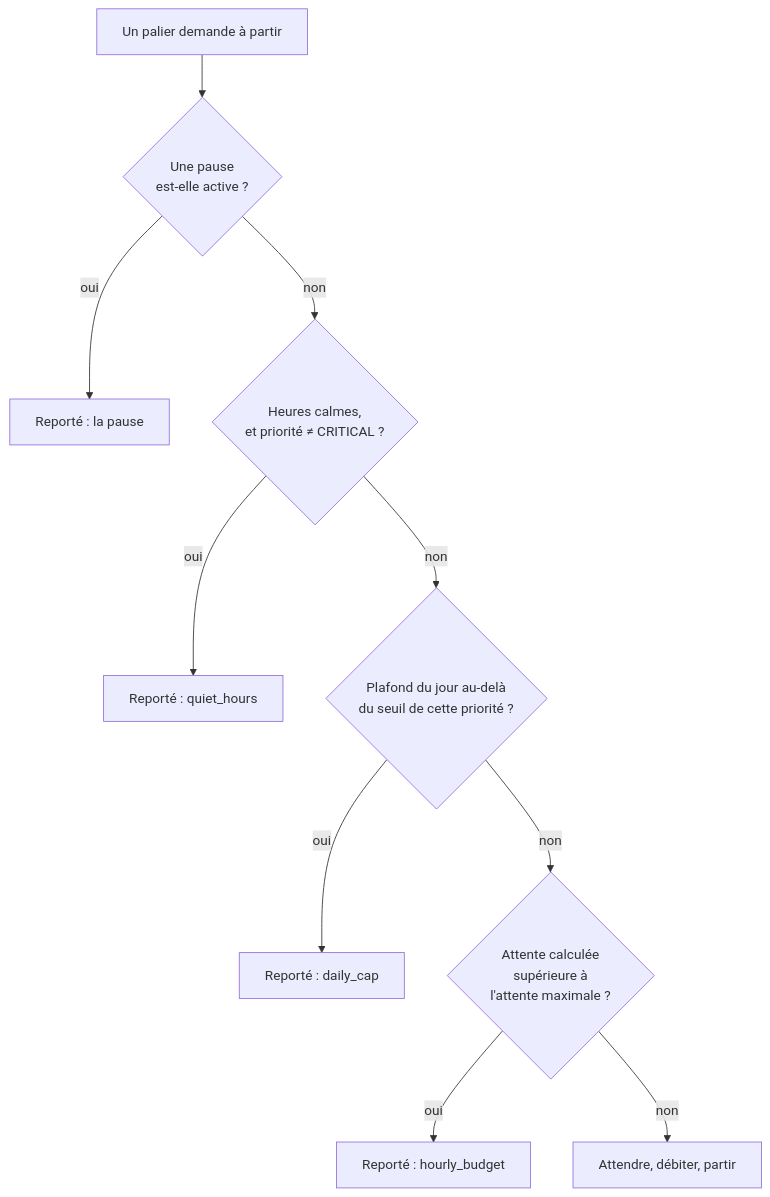
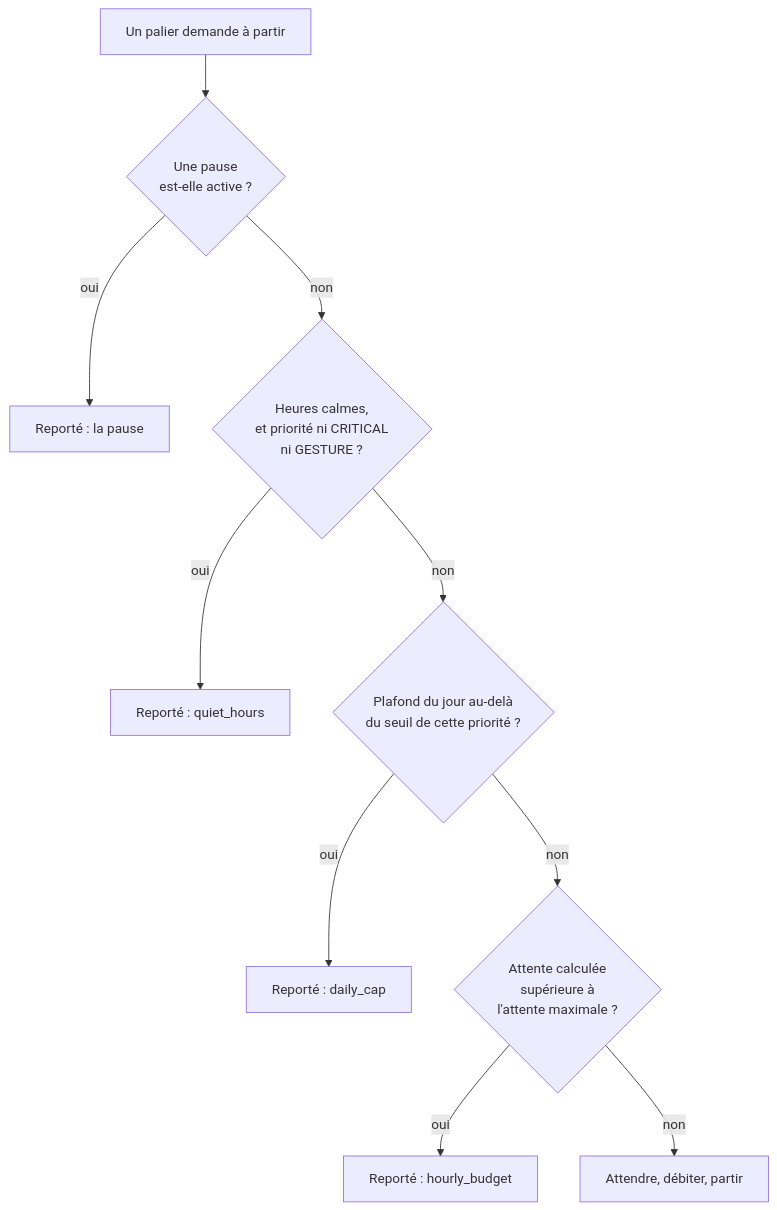
One commit to FiveElements/ha-pronote-ng changed the diagram in docs/LIMITEUR.md. Above: the diagram before and after it, drawn with Mermaid. The commit also changed other lines of this file and 15 other files, not shown here.

First line of the commit message:
feat(limiter): un geste traverse les heures calmes (#49)

````diff
--- a/docs/LIMITEUR.md
+++ b/docs/LIMITEUR.md
@@ -81,12 +81,12 @@
 ```mermaid
 flowchart TD
     A[Un palier demande à partir] --> B{Une pause<br/>est-elle active ?}
     B -- oui --> P[Reporté : la pause]
-    B -- non --> C{Heures calmes,<br/>et priorité ≠ CRITICAL ?}
+    B -- non --> C{Heures calmes,<br/>et priorité ni CRITICAL<br/>ni GESTURE ?}
     C -- oui --> Q[Reporté : quiet_hours]
     C -- non --> D{Plafond du jour au-delà<br/>du seuil de cette priorité ?}
     D -- oui --> R[Reporté : daily_cap]
     D -- non --> E{Attente calculée<br/>supérieure à<br/>l'attente maximale ?}
     E -- oui --> S[Reporté : hourly_budget]
     E -- non --> F[Attendre, débiter, partir]
 ```
````
